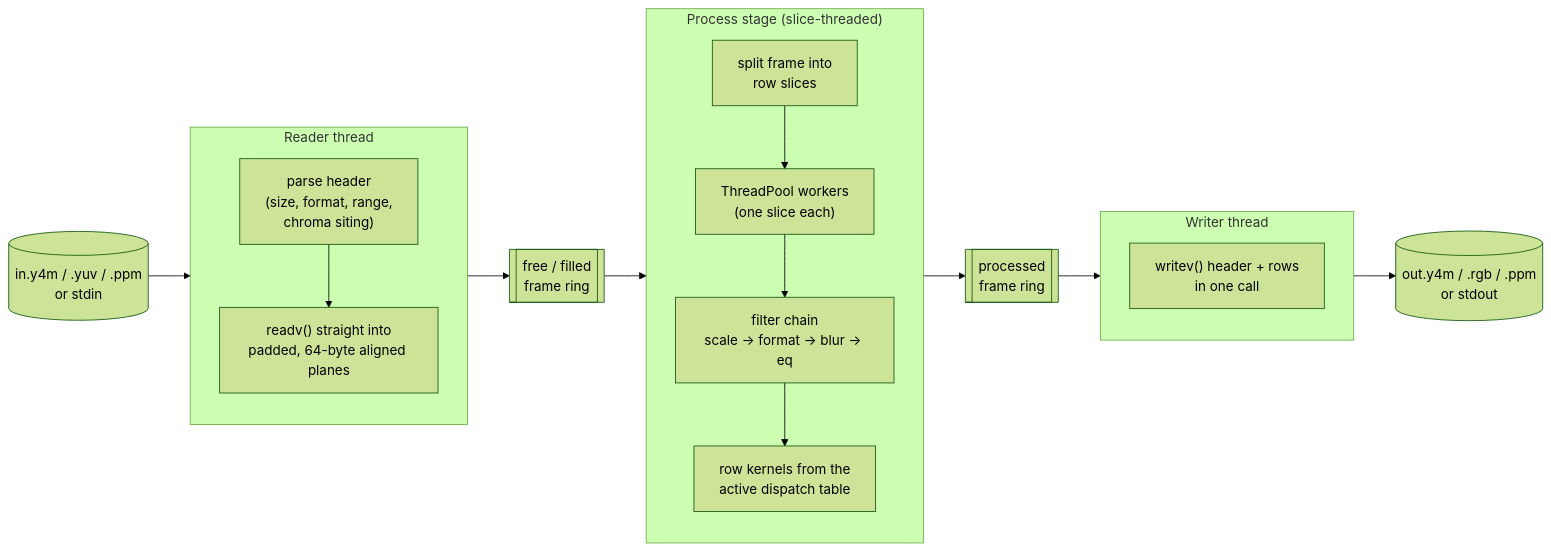
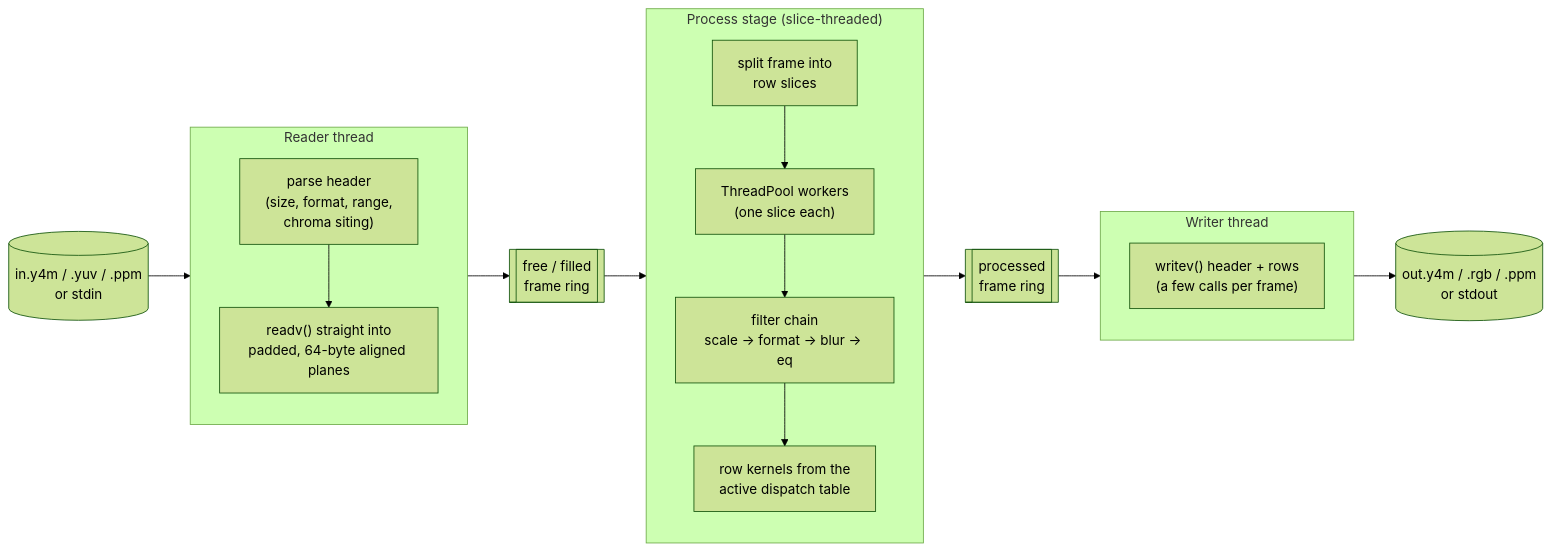
The first of 5 diagrams in README.md (sami5436/lanecast), drawn with Mermaid (forest theme) before and after one commit. The commit also changed other lines of this file, not shown here.

Commit message:
README: slices are claimed dynamically, writes take a few calls per frame

````diff
--- a/README.md
+++ b/README.md
@@ -24,25 +24,25 @@
 ```mermaid
 flowchart LR
     IN[("in.y4m / .yuv / .ppm<br/>or stdin")] --> R
 
     subgraph R["Reader thread"]
         R1["parse header<br/>(size, format, range,<br/>chroma siting)"] --> R2["readv() straight into<br/>padded, 64-byte aligned planes"]
     end
 
     R --> Q1[["free / filled<br/>frame ring"]] --> P
 
     subgraph P["Process stage (slice-threaded)"]
         direction TB
         P1["split frame into<br/>row slices"] --> P2["ThreadPool workers<br/>(one slice each)"]
         P2 --> P3["filter chain<br/>scale -> format -> blur -> eq"]
         P3 --> P4["row kernels from the<br/>active dispatch table"]
     end
 
     P --> Q2[["processed<br/>frame ring"]] --> W
 
     subgraph W["Writer thread"]
-        W1["writev() header + rows<br/>in one call"]
+        W1["writev() header + rows<br/>(a few calls per frame)"]
     end
 
     W --> OUT[("out.y4m / .rgb / .ppm<br/>or stdout")]
 ```
````
